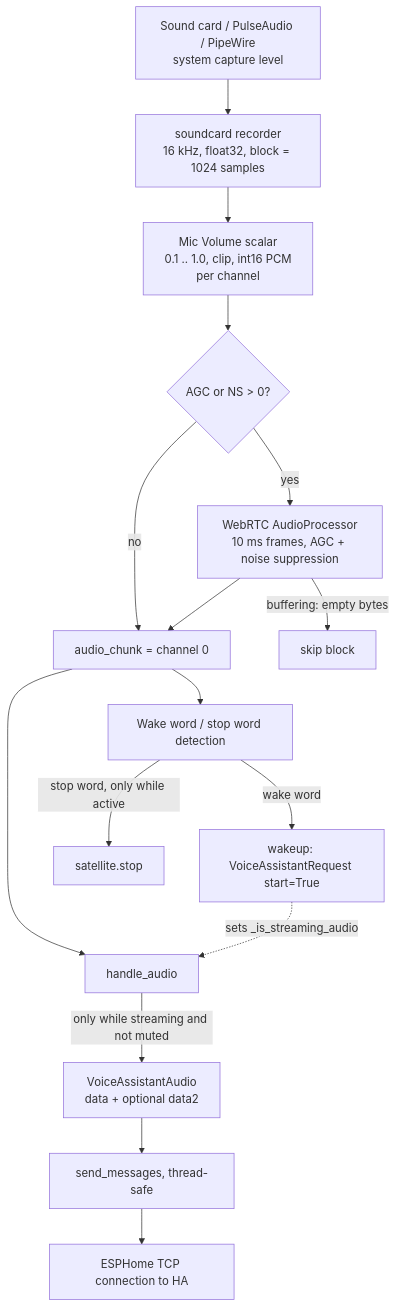
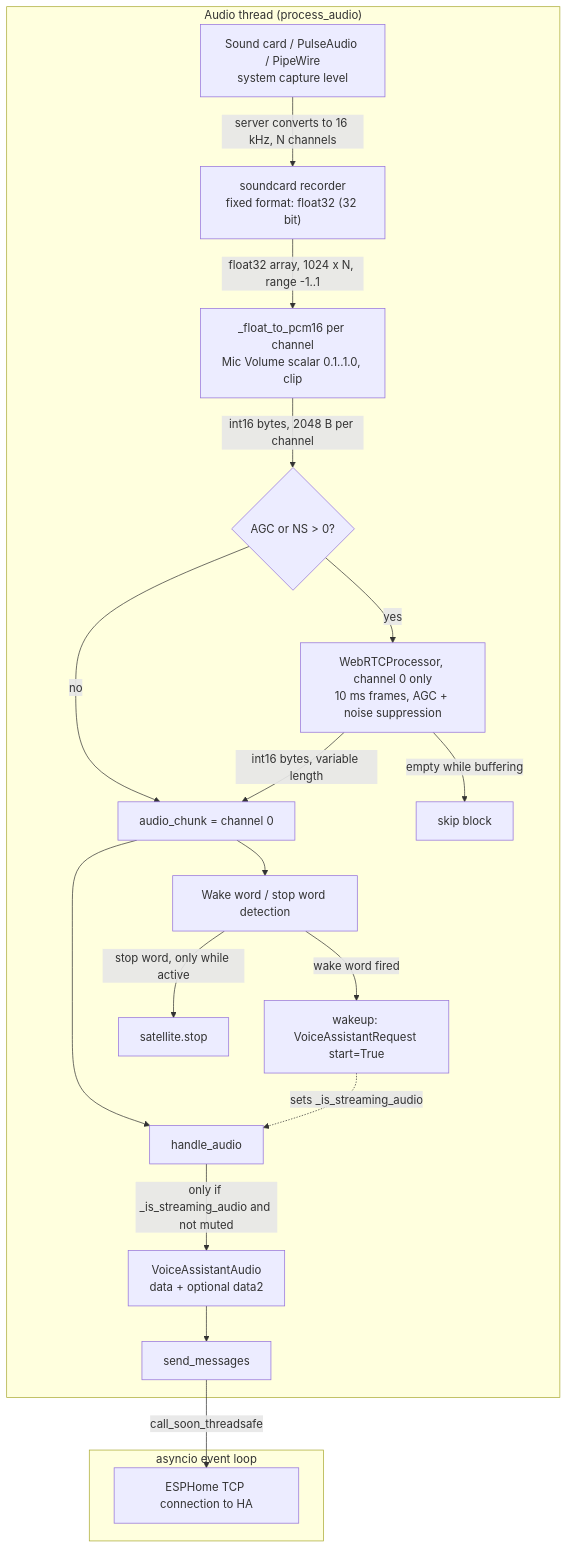
Before and after one commit to OHF-Voice/linux-voice-assistant: the diagram in docs/audio_pipeline.md, drawn with Mermaid. The commit also changed other lines of this file, not shown here.

Commit message:
Show data formats and the thread boundary in the audio pipeline diagrams

````diff
--- a/docs/audio_pipeline.md
+++ b/docs/audio_pipeline.md
@@ -7,18 +9,22 @@
 ```mermaid
 flowchart TD
-    A[Sound card / PulseAudio / PipeWire<br/>system capture level] --> B["soundcard recorder<br/>16 kHz, float32, block = 1024 samples"]
-    B --> C["Mic Volume scalar<br/>0.1 .. 1.0, clip, int16 PCM<br/>per channel"]
-    C --> D{AGC or NS > 0?}
-    D -- no --> F[audio_chunk = channel 0]
-    D -- yes --> E["WebRTC AudioProcessor<br/>10 ms frames, AGC + noise suppression"]
-    E -->|buffering: empty bytes| X[skip block]
-    E --> F
-    F --> G[handle_audio]
-    F --> H[Wake word / stop word detection]
-    G -->|only while streaming and not muted| I["VoiceAssistantAudio<br/>data + optional data2"]
-    I --> J[send_messages, thread-safe]
-    J --> K[ESPHome TCP connection to HA]
-    H -->|wake word| L[wakeup: VoiceAssistantRequest start=True]
-    L -.->|sets _is_streaming_audio| G
-    H -->|stop word, only while active| M[satellite.stop]
+    subgraph AT["Audio thread (process_audio)"]
+        A["Sound card / PulseAudio / PipeWire<br/>system capture level"] -->|"server converts to 16 kHz, N channels"| B["soundcard recorder<br/>fixed format: float32 (32 bit)"]
+        B -->|"float32 array, 1024 x N, range -1..1"| C["_float_to_pcm16 per channel<br/>Mic Volume scalar 0.1..1.0, clip"]
+        C -->|"int16 bytes, 2048 B per channel"| D{"AGC or NS > 0?"}
+        D -- no --> F["audio_chunk = channel 0"]
+        D -- yes --> E["WebRTCProcessor, channel 0 only<br/>10 ms frames, AGC + noise suppression"]
+        E -->|"empty while buffering"| X["skip block"]
+        E -->|"int16 bytes, variable length"| F
+        F --> G["handle_audio"]
+        F --> H["Wake word / stop word detection"]
+        G -->|"only if _is_streaming_audio and not muted"| I["VoiceAssistantAudio<br/>data + optional data2"]
+        H -->|"wake word fired"| L["wakeup: VoiceAssistantRequest start=True"]
+        L -.->|"sets _is_streaming_audio"| G
+        H -->|"stop word, only while active"| M["satellite.stop"]
+        I --> J["send_messages"]
+    end
+    subgraph EL["asyncio event loop"]
+        J -->|"call_soon_threadsafe"| K["ESPHome TCP connection to HA"]
+    end
 ```
````
